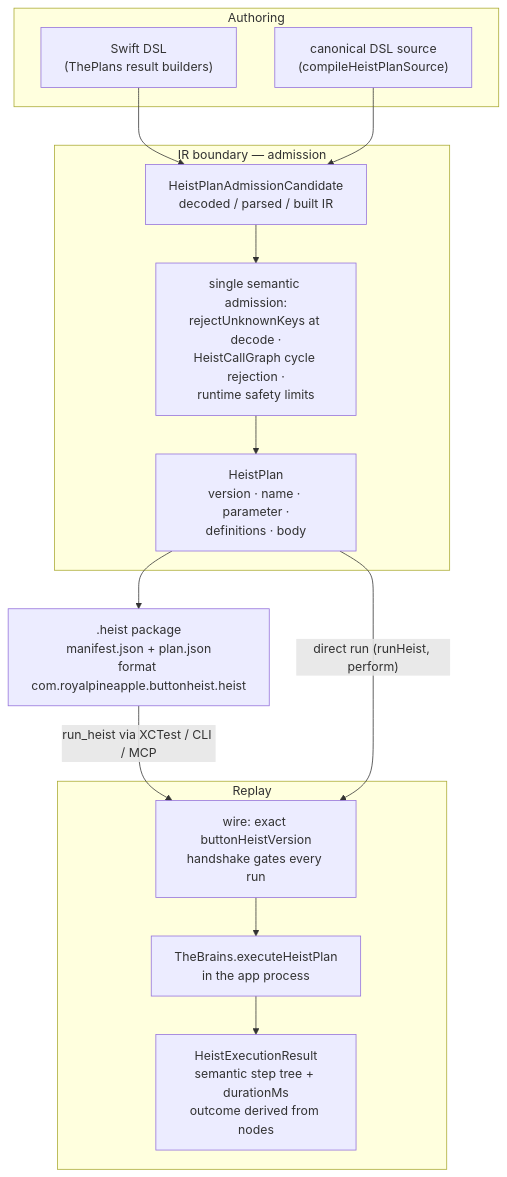
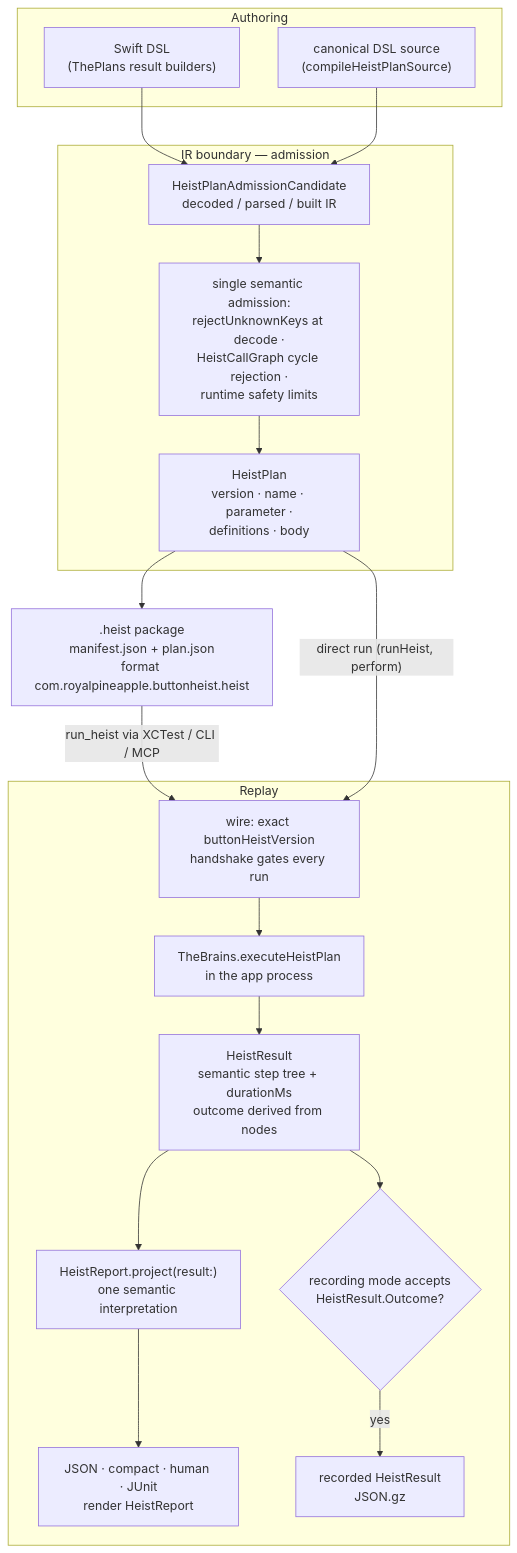
The diagram in docs/diagrams/heist-lifecycle.md (RoyalPineapple/TheButtonHeist), drawn with Mermaid before and after one commit. The commit also changed other lines of this file and 461 other files, not shown here.

First line of the commit message:
Collapse duplicate heist runtime and result models (#1364)

````diff
--- a/docs/diagrams/heist-lifecycle.md
+++ b/docs/diagrams/heist-lifecycle.md
@@ -8,30 +8,37 @@
 ```mermaid
 flowchart TD
     subgraph author["Authoring"]
         SWIFT["Swift DSL<br/>(ThePlans result builders)"]
         SOURCE["canonical DSL source<br/>(compileHeistPlanSource)"]
     end
 
     subgraph ir["IR boundary — admission"]
         CANDIDATE["HeistPlanAdmissionCandidate<br/>decoded / parsed / built IR"]
         CHECKS["single semantic admission:<br/>rejectUnknownKeys at decode ·<br/>HeistCallGraph cycle rejection ·<br/>runtime safety limits"]
         PLAN["HeistPlan<br/>version · name · parameter ·<br/>definitions · body"]
         CANDIDATE --> CHECKS --> PLAN
     end
 
     HEIST[".heist package<br/>manifest.json + plan.json<br/>format com.royalpineapple.buttonheist.heist"]
 
     subgraph replay["Replay"]
         GATE["wire: exact buttonHeistVersion<br/>handshake gates every run"]
         BRAINS["TheBrains.executeHeistPlan<br/>in the app process"]
-        RECEIPT["HeistExecutionResult<br/>semantic step tree + durationMs<br/>outcome derived from nodes"]
+        RESULT["HeistResult<br/>semantic step tree + durationMs<br/>outcome derived from nodes"]
+        REPORT["HeistReport.project(result:)<br/>one semantic interpretation"]
+        RENDER["JSON · compact · human · JUnit<br/>render HeistReport"]
+        RECORD{"recording mode accepts<br/>HeistResult.Outcome?"}
+        RESULTFILE["recorded HeistResult<br/>JSON.gz"]
         GATE --> BRAINS
-        BRAINS --> RECEIPT
+        BRAINS --> RESULT
+        RESULT --> REPORT --> RENDER
+        RESULT --> RECORD
+        RECORD -->|yes| RESULTFILE
     end
 
     SWIFT --> CANDIDATE
     SOURCE --> CANDIDATE
     PLAN --> HEIST
     HEIST -- "run_heist via XCTest / CLI / MCP" --> GATE
     PLAN -- "direct run (runHeist, perform)" --> GATE
 ```
````
